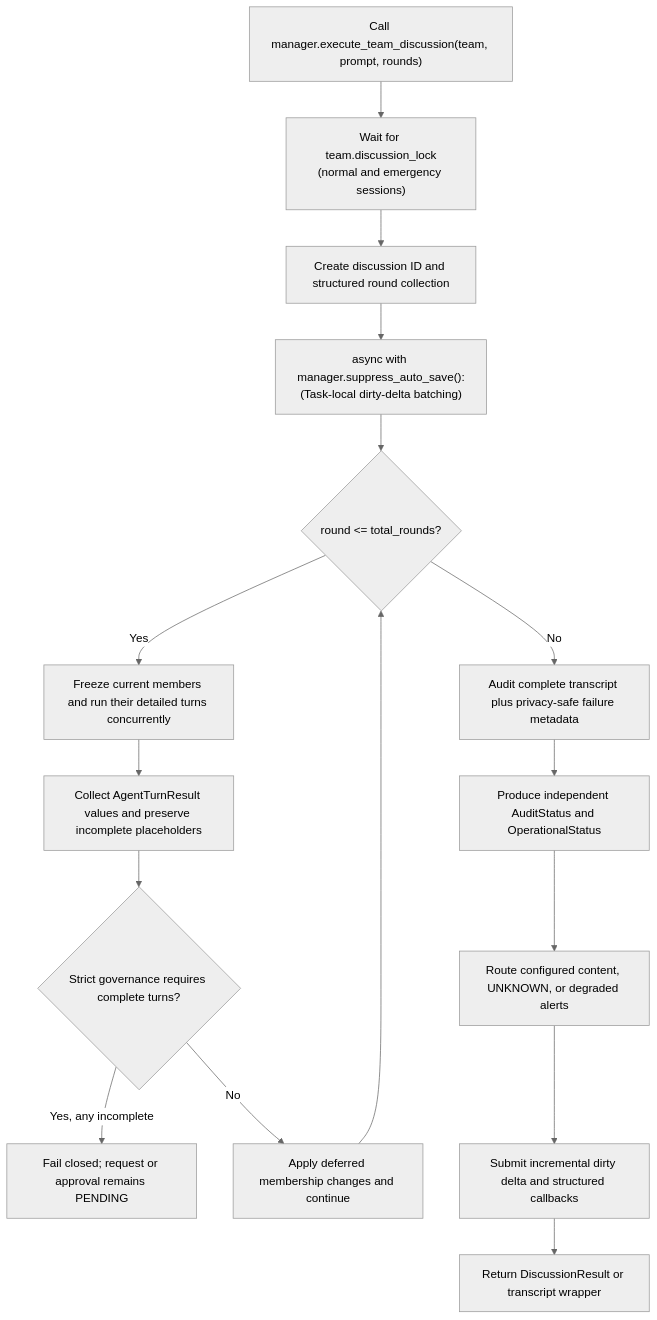
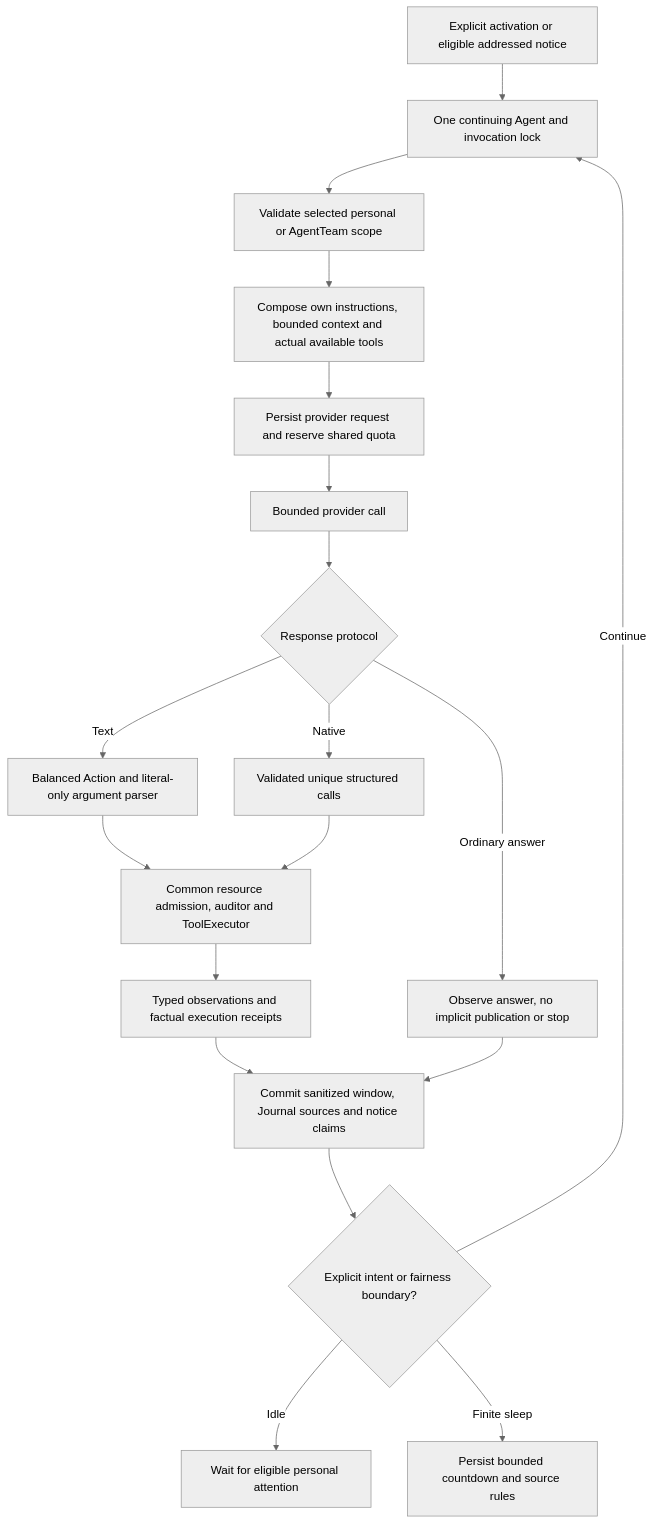
Before and after one commit to AI-Team-Team/AI-Team-Team: the third of 3 diagrams in docs/flowcharts/Tooling_and_Execution.md, drawn with Mermaid (neutral theme). The commit also changed other lines of this file and 310 other files, not shown here.

````diff
--- a/docs/flowcharts/Tooling_and_Execution.md
+++ b/docs/flowcharts/Tooling_and_Execution.md
@@ -101,22 +99,21 @@
 ```mermaid
 flowchart TD
-    Start["Call manager.execute_team_discussion(team, prompt, rounds)"] --> SessionLock["Wait for team.discussion_lock\n(normal and emergency sessions)"]
-    SessionLock --> Init["Create discussion ID and structured round collection"]
-    
-    Init --> SuppressIOGate["async with manager.suppress_auto_save():\n(Task-local dirty-delta batching)"]
-    SuppressIOGate --> LoopRounds{"round <= total_rounds?"}
-    
-    LoopRounds -- "Yes" --> MemberIteration["Freeze current members and run their detailed turns concurrently"]
-    MemberIteration --> CollectTurns["Collect AgentTurnResult values and preserve incomplete placeholders"]
-    CollectTurns --> GovernanceGate{"Strict governance requires complete turns?"}
-    GovernanceGate -- "Yes, any incomplete" --> Pending["Fail closed; request or approval remains PENDING"]
-    GovernanceGate -- "No" --> IncrementRound["Apply deferred membership changes and continue"]
-    
-    IncrementRound --> LoopRounds
-    
-    LoopRounds -- "No" --> SupervisoryAudit["Audit complete transcript plus privacy-safe failure metadata"]
-    SupervisoryAudit --> AuditResult["Produce independent AuditStatus and OperationalStatus"]
-    AuditResult --> Escalation["Route configured content, UNKNOWN, or degraded alerts"]
-    Escalation --> FinalizeState["Submit incremental dirty delta and structured callbacks"]
-    FinalizeState --> End["Return DiscussionResult or transcript wrapper"]
+    Admission["Explicit activation or eligible addressed notice"] --> Person["One continuing Agent and invocation lock"]
+    Person --> Scope["Validate selected personal or AgentTeam scope"]
+    Scope --> Context["Compose own instructions, bounded context and actual available tools"]
+    Context --> Request["Persist provider request and reserve shared quota"]
+    Request --> Provider["Bounded provider call"]
+    Provider --> Mode{"Response protocol"}
+    Mode -- "Text" --> Parse["Balanced Action and literal-only argument parser"]
+    Mode -- "Native" --> Calls["Validated unique structured calls"]
+    Parse --> Execute["Common resource admission, auditor and ToolExecutor"]
+    Calls --> Execute
+    Execute --> Observation["Typed observations and factual execution receipts"]
+    Observation --> Checkpoint["Commit sanitized window, Journal sources and notice claims"]
+    Mode -- "Ordinary answer" --> Answer["Observe answer, no implicit publication or stop"]
+    Answer --> Checkpoint
+    Checkpoint --> Intent{"Explicit intent or fairness boundary?"}
+    Intent -- "Continue" --> Person
+    Intent -- "Idle" --> Idle["Wait for eligible personal attention"]
+    Intent -- "Finite sleep" --> Sleep["Persist bounded countdown and source rules"]
 ```
````
